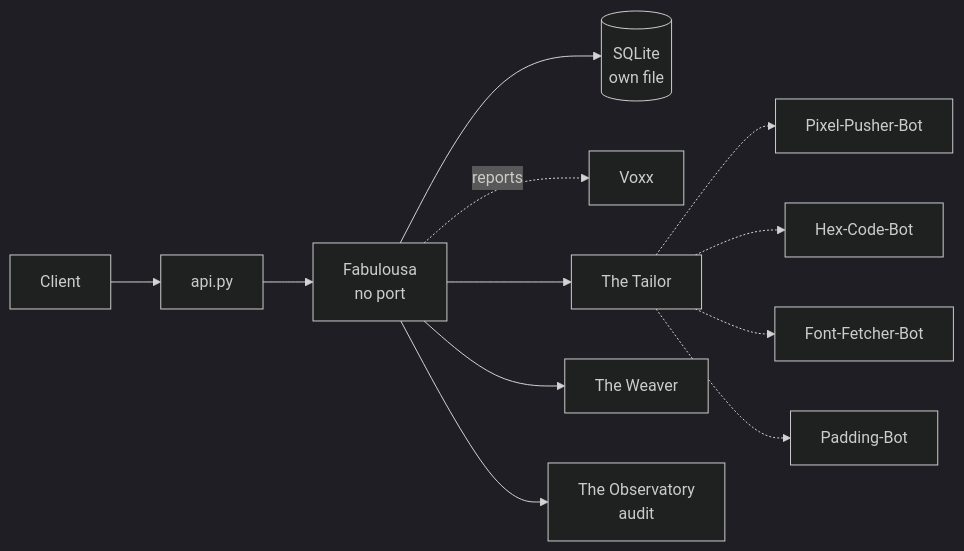
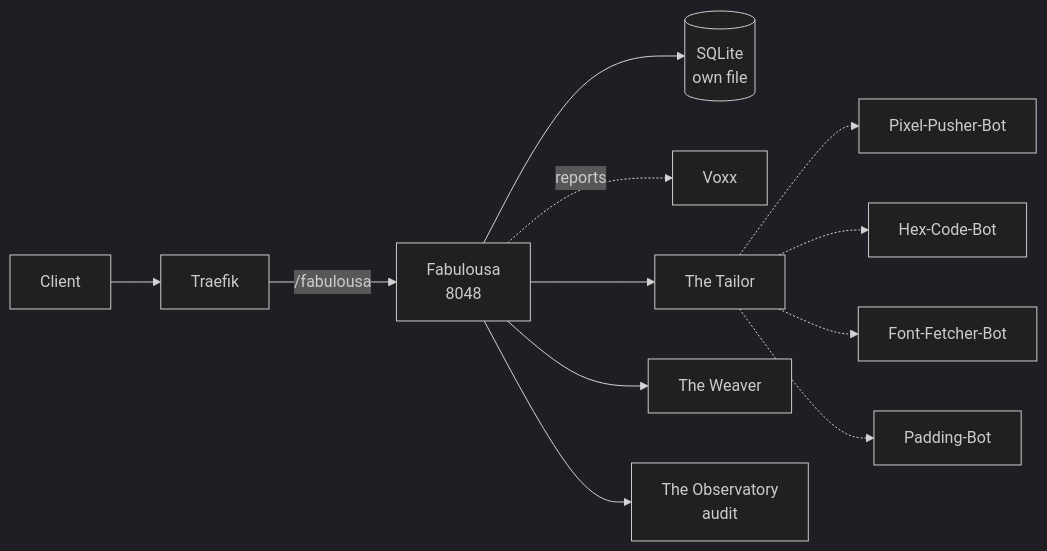
Before and after one commit to Trancendos/Tranc3: the diagram in docs/solution-packs/fabulousa.md, drawn with Mermaid (dark theme). The commit also changed other lines of this file and 51 other files, not shown here.

````diff
--- a/docs/solution-packs/fabulousa.md
+++ b/docs/solution-packs/fabulousa.md
@@ -65,14 +72,14 @@
 ```mermaid
 flowchart LR
-    C[Client] --> A[api.py]
-    A --> S[Fabulousa<br/>no port]
+    C[Client] --> T[Traefik]
+    T -->|/fabulousa| S[Fabulousa<br/>8048]
     S --> DB[(SQLite<br/>own file)]
     S -.reports.-> P[Voxx]
     S --> AA[The Tailor]
     S --> AB[The Weaver]
     AA -.-> PixelPusherBot[Pixel-Pusher-Bot]
     AA -.-> HexCodeBot[Hex-Code-Bot]
     AA -.-> FontFetcherBot[Font-Fetcher-Bot]
     AA -.-> PaddingBot[Padding-Bot]
     S --> OBS[The Observatory<br/>audit]
 ```
````
